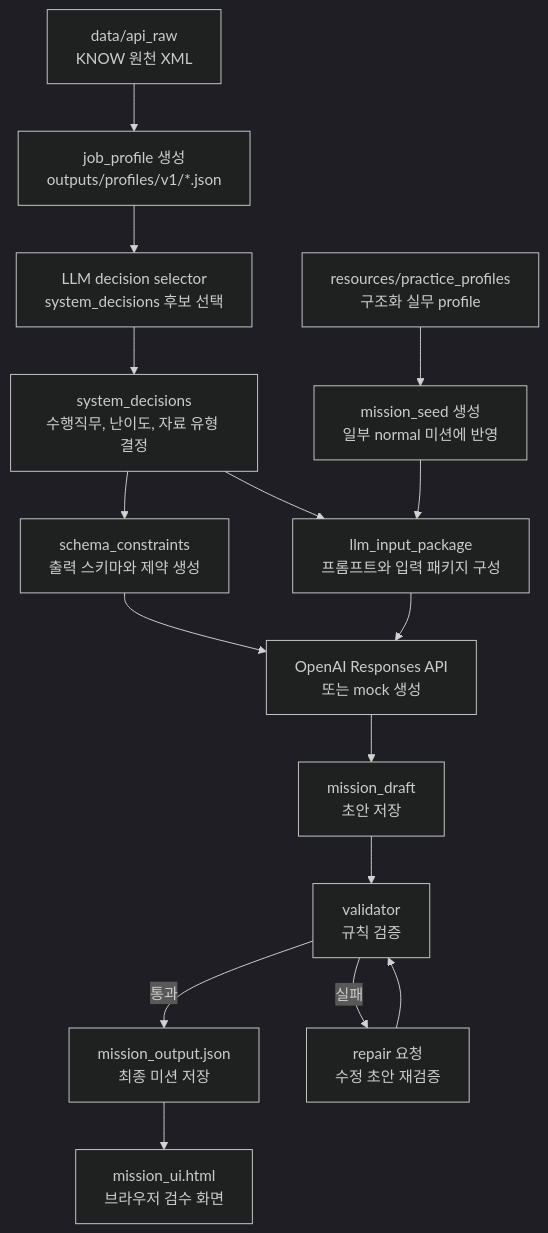
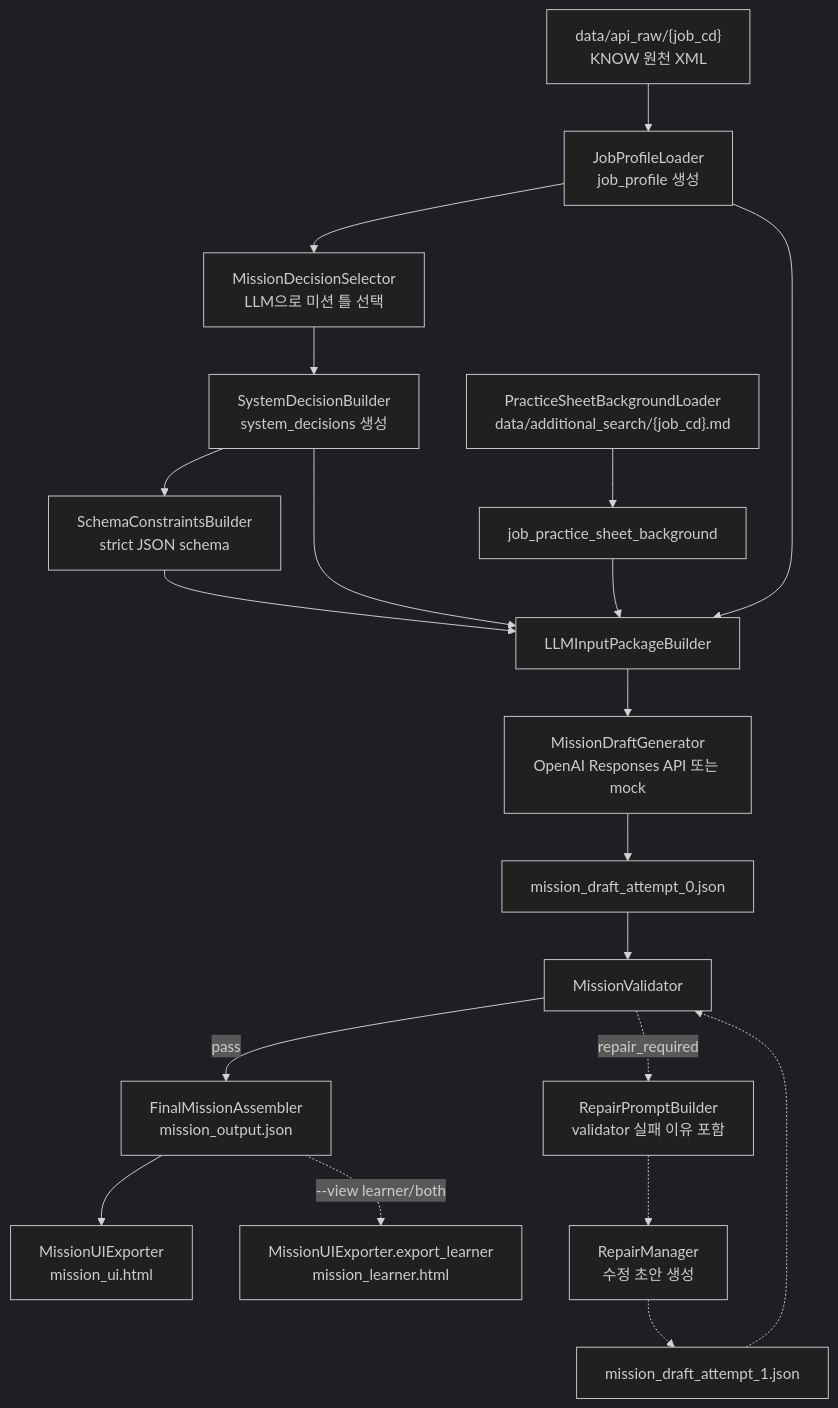
Before and after one commit to YU-MIDAS/job_mission: the diagram in document/mission_generation_flow.md, drawn with Mermaid (dark theme). The commit also changed other lines of this file and 11 other files, not shown here.

````diff
--- a/document/mission_generation_flow.md
+++ b/document/mission_generation_flow.md
@@ -7,18 +9,22 @@
 ```mermaid
 flowchart TD
-    A["data/api_raw<br/>KNOW 원천 XML"] --> B["job_profile 생성<br/>outputs/profiles/v1/*.json"]
-    P["resources/practice_profiles<br/>구조화 실무 profile"] --> S["mission_seed 생성<br/>일부 normal 미션에 반영"]
-    B --> L["LLM decision selector<br/>system_decisions 후보 선택"]
-    L --> C["system_decisions<br/>수행직무, 난이도, 자료 유형 결정"]
-    C --> D["schema_constraints<br/>출력 스키마와 제약 생성"]
-    C --> E["llm_input_package<br/>프롬프트와 입력 패키지 구성"]
-    S --> E
-    D --> F["OpenAI Responses API<br/>또는 mock 생성"]
-    E --> F
-    F --> G["mission_draft<br/>초안 저장"]
-    G --> H["validator<br/>규칙 검증"]
-    H -->|통과| I["mission_output.json<br/>최종 미션 저장"]
-    H -->|실패| J["repair 요청<br/>수정 초안 재검증"]
-    J --> H
-    I --> K["mission_ui.html<br/>브라우저 검수 화면"]
+    A["data/api_raw/{job_cd}<br/>KNOW 원천 XML"] --> B["JobProfileLoader<br/>job_profile 생성"]
+    B --> D["MissionDecisionSelector<br/>LLM으로 미션 틀 선택"]
+    D --> E["SystemDecisionBuilder<br/>system_decisions 생성"]
+    F["PracticeSheetBackgroundLoader<br/>data/additional_search/{job_cd}.md"] --> G["job_practice_sheet_background"]
+    E --> H["SchemaConstraintsBuilder<br/>strict JSON schema"]
+    B --> I["LLMInputPackageBuilder"]
+    E --> I
+    H --> I
+    G --> I
+    I --> J["MissionDraftGenerator<br/>OpenAI Responses API 또는 mock"]
+    J --> K["mission_draft_attempt_0.json"]
+    K --> L["MissionValidator"]
+    L -->|pass| M["FinalMissionAssembler<br/>mission_output.json"]
+    M --> Q["MissionUIExporter<br/>mission_ui.html"]
+    L -. "repair_required" .-> N["RepairPromptBuilder<br/>validator 실패 이유 포함"]
+    N -.-> O["RepairManager<br/>수정 초안 생성"]
+    O -.-> P["mission_draft_attempt_1.json"]
+    P -.-> L
+    M -. "--view learner/both" .-> R["MissionUIExporter.export_learner<br/>mission_learner.html"]
 ```
````
